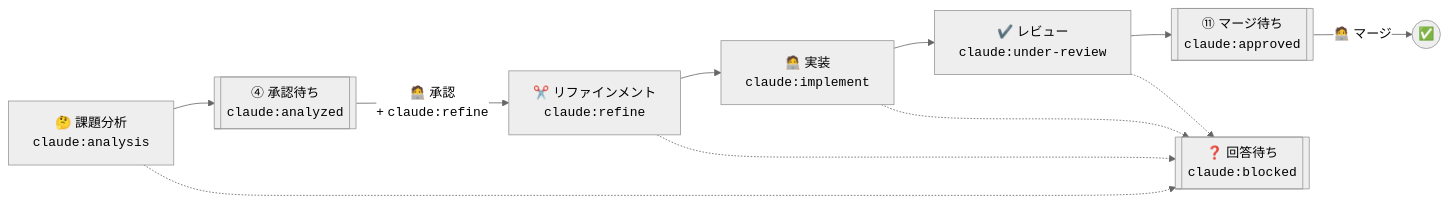
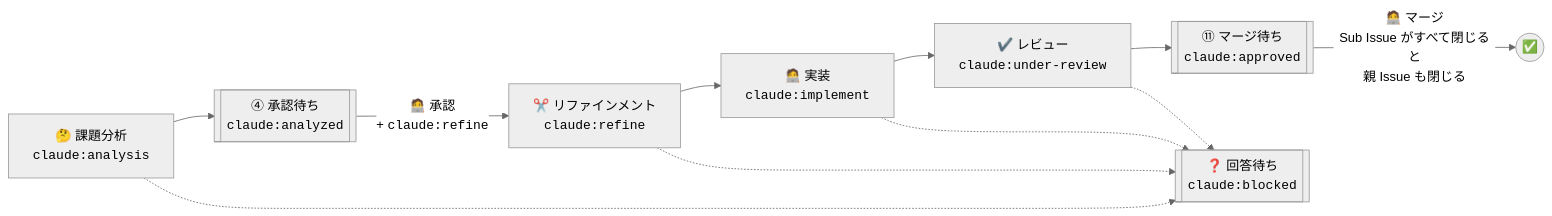
The third of 3 diagrams in README.md (theindiehacker/fastship-plugin), drawn with Mermaid (neutral theme) before and after one commit. The commit also changed other lines of this file and 1 other file, not shown here.

Commit message:
Sub Issue がすべて閉じたら、リファインメントが親 Issue を閉じる
⑫ を外したため、親 Issue を閉じる人がいなくなっていた。1 PR で済む Issue が PR の Closes で閉じるのとそろえ、フローを ⑪ マージで終わらせる。すべて見送りなら閉じずに残す。

あわせて refine の description の切れた文を直す。

Claude-Session: https://claude.ai/code/session_01HuEVVwWnqP6gytYKAiwEzb

````diff
--- a/README.md
+++ b/README.md
@@ -183,9 +183,9 @@
 ```mermaid
 flowchart LR
     analysis["🤔 課題分析<br/><code>claude:analysis</code>"] --> analyzed[["④ 承認待ち<br/><code>claude:analyzed</code>"]]
     analyzed -->|🧑‍💻 承認<br/>+ <code>claude:refine</code>| refine["✂️ リファインメント<br/><code>claude:refine</code>"]
     refine --> implement["🧑‍💻 実装<br/><code>claude:implement</code>"] --> review["✔️ レビュー<br/><code>claude:under-review</code>"]
     review --> approved[["⑪ マージ待ち<br/><code>claude:approved</code>"]]
-    approved -->|🧑‍💻 マージ| done(("✅"))
+    approved -->|🧑‍💻 マージ<br/>Sub Issue がすべて閉じると<br/>親 Issue も閉じる| done(("✅"))
     analysis & refine & implement & review -.-> blocked[["❓ 回答待ち<br/><code>claude:blocked</code>"]]
 ```
````
